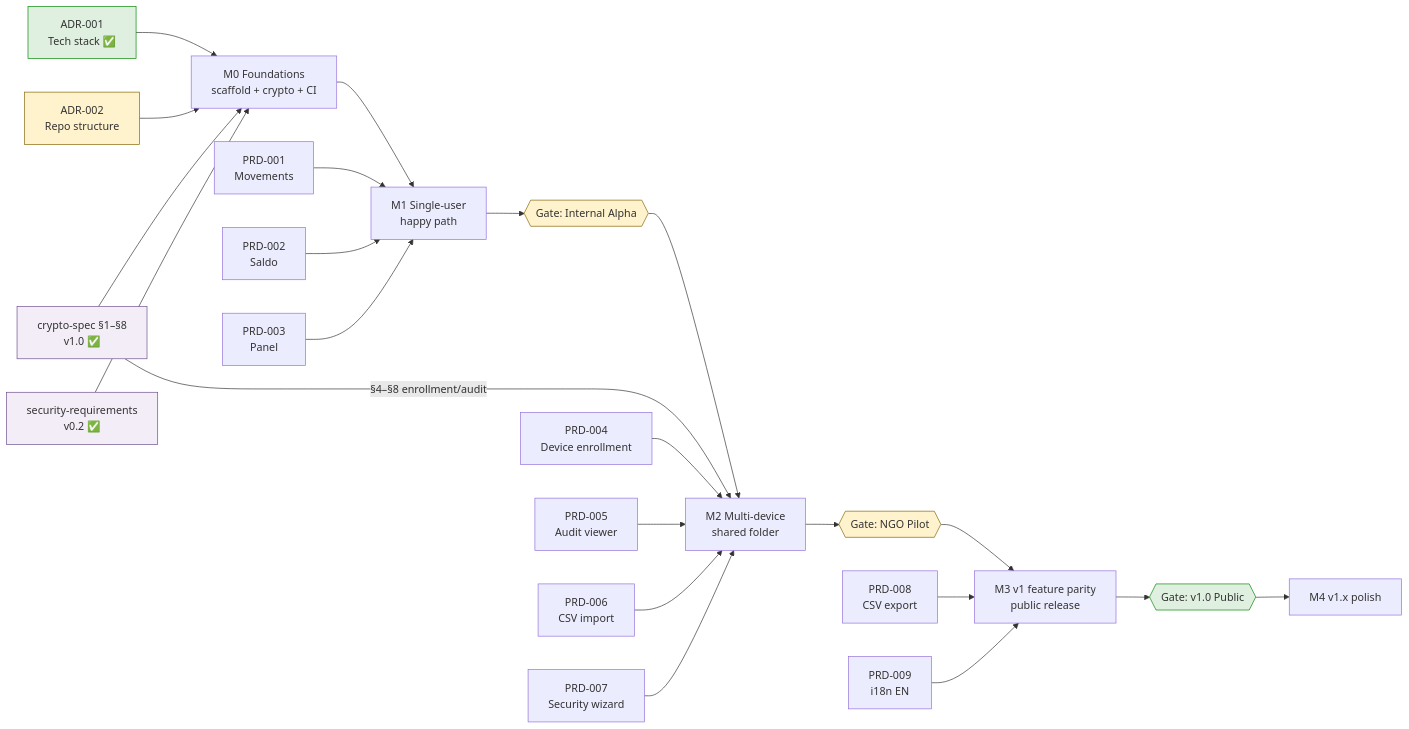
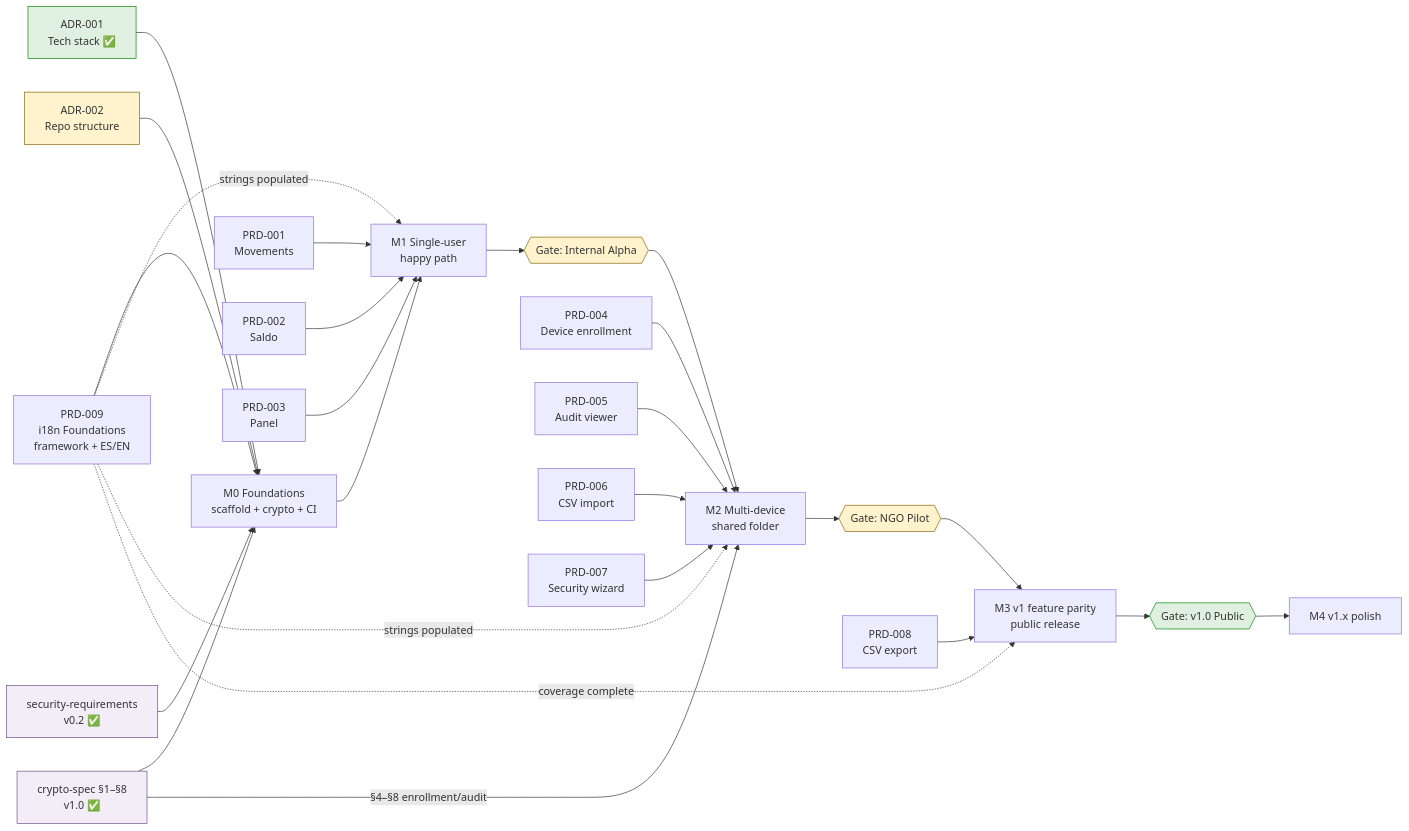
One commit to rett-europe/opentreasury-desktop changed the diagram in docs/product/roadmap-v1.md. Above: the diagram before and after it, drawn with Mermaid. The commit also changed other lines of this file and 16 other files, not shown here.

First line of the commit message:
docs: ADR-002 accepted, roadmap reshaped (i18n day-0, no pending, Rett Spain pilot)

````diff
--- a/docs/product/roadmap-v1.md
+++ b/docs/product/roadmap-v1.md
@@ -226,66 +229,71 @@
 ```mermaid
 flowchart LR
     %% Docs / constraints
     ADR001[ADR-001<br/>Tech stack ✅]
     ADR002[ADR-002<br/>Repo structure]
     CRYPTO[crypto-spec §1–§8<br/>v1.0 ✅]
     SEC[security-requirements<br/>v0.2 ✅]
 
     %% Milestones
     M0[M0 Foundations<br/>scaffold + crypto + CI]
     M1[M1 Single-user<br/>happy path]
     M2[M2 Multi-device<br/>shared folder]
     M3[M3 v1 feature parity<br/>public release]
     M4[M4 v1.x polish]
 
     %% Gates
     ALPHA{{Gate: Internal Alpha}}
     PILOT{{Gate: NGO Pilot}}
     V1{{Gate: v1.0 Public}}
 
     %% PRDs (M1)
     PRD001[PRD-001<br/>Movements]
     PRD002[PRD-002<br/>Saldo]
     PRD003[PRD-003<br/>Panel]
 
+    %% PRDs (M0 foundational)
+    PRD_I18N[PRD-009<br/>i18n Foundations<br/>framework + ES/EN]
+
     %% PRDs (M2)
     PRD_ENROLL[PRD-004<br/>Device enrollment]
     PRD_AUDIT[PRD-005<br/>Audit viewer]
     PRD_IMPORT[PRD-006<br/>CSV import]
     PRD_WIZ[PRD-007<br/>Security wizard]
 
     %% PRDs (M3)
     PRD_EXPORT[PRD-008<br/>CSV export]
-    PRD_I18N[PRD-009<br/>i18n EN]
 
     ADR001 --> M0
     ADR002 --> M0
     CRYPTO --> M0
     SEC --> M0
+    PRD_I18N --> M0
 
     M0 --> M1
     PRD001 --> M1
     PRD002 --> M1
     PRD003 --> M1
+    PRD_I18N -. strings populated .-> M1
+    PRD_I18N -. strings populated .-> M2
+    PRD_I18N -. coverage complete .-> M3
 
     M1 --> ALPHA --> M2
     CRYPTO -- §4–§8 enrollment/audit --> M2
     PRD_ENROLL --> M2
     PRD_AUDIT --> M2
     PRD_IMPORT --> M2
     PRD_WIZ --> M2
 
     M2 --> PILOT --> M3
     PRD_EXPORT --> M3
-    PRD_I18N --> M3
 
     M3 --> V1 --> M4
 
     style CRYPTO fill:#f3edf8,stroke:#6d4d8c
     style SEC fill:#f3edf8,stroke:#6d4d8c
     style ADR001 fill:#e0f0e0,stroke:#080
     style ADR002 fill:#fff3cd,stroke:#856404
     style ALPHA fill:#fff3cd,stroke:#856404
     style PILOT fill:#fff3cd,stroke:#856404
     style V1 fill:#e0f0e0,stroke:#080
 ```
````
